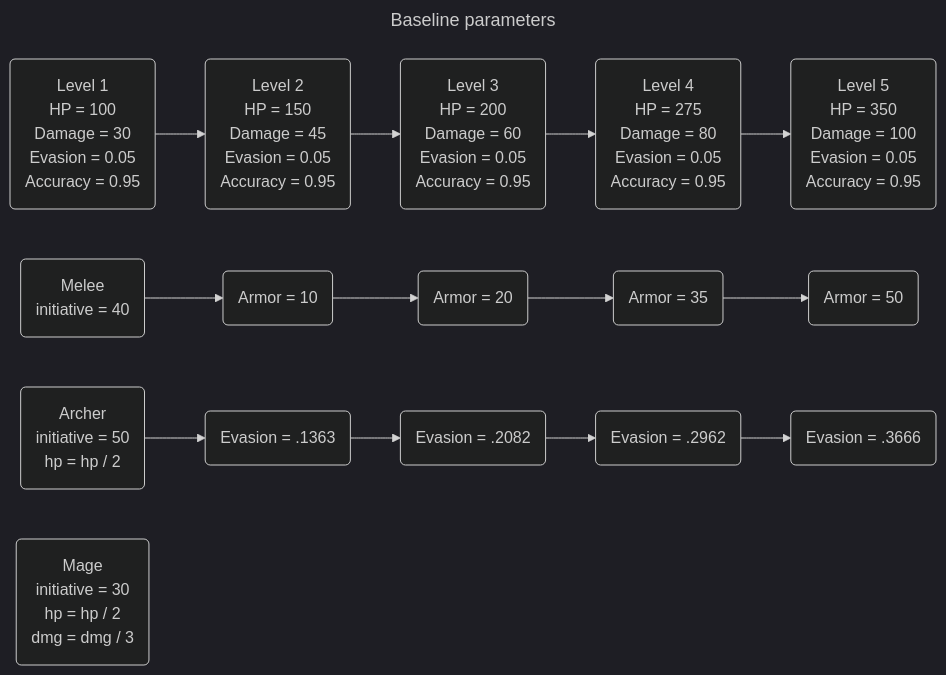
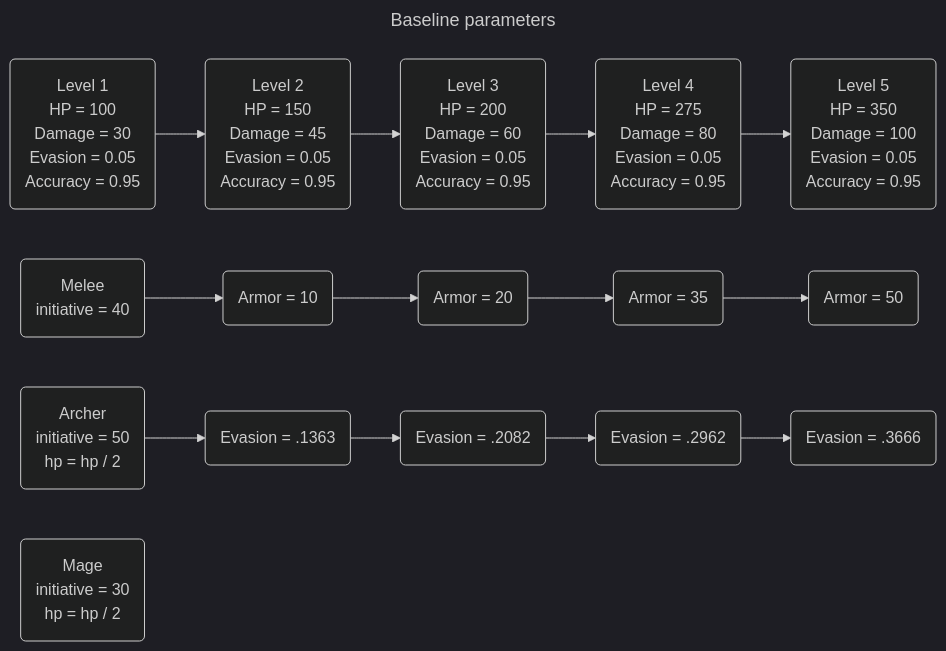
One commit to Raveneer-o1/adepts-of-establishment changed the diagram in UnitStatsManager/Baseline.mermaid. Above: the diagram before and after it, drawn with Mermaid (dark theme). The commit also changed 117 other files, not shown here.

```diff
--- a/UnitStatsManager/Baseline.mermaid
+++ b/UnitStatsManager/Baseline.mermaid
@@ -1,69 +1,68 @@
 ---
 title: Baseline parameters
 ---
 flowchart LR
     A(
         Level 1
         HP = 100
         Damage = 30
         Evasion = 0.05
         Accuracy = 0.95
     ) --> B(
         Level 2
         HP = 150
         Damage = 45
         Evasion = 0.05
         Accuracy = 0.95
     ) --> C(
         Level 3
         HP = 200
         Damage = 60
         Evasion = 0.05
         Accuracy = 0.95
     ) --> D(
         Level 4
         HP = 275
         Damage = 80
         Evasion = 0.05
         Accuracy = 0.95
     ) --> E(
         Level 5
         HP = 350
         Damage = 100
         Evasion = 0.05
         Accuracy = 0.95
     )
 
     M1(
         Melee
         initiative = 40
     ) --> M2(
         Armor = 10
     ) --> M3(
         Armor = 20
     ) --> M4(
         Armor = 35
     ) --> M5(
         Armor = 50
     )
 
     A1(
         Archer
         initiative = 50
         hp = hp / 2
     ) --> A2(
         Evasion = .1363
     ) --> A3(
         Evasion = .2082
     ) --> A4(
         Evasion = .2962
     ) --> A5(
         Evasion = .3666
     )
 
     G1(
         Mage
         initiative = 30
         hp = hp / 2
-        dmg = dmg / 3
     )
```
